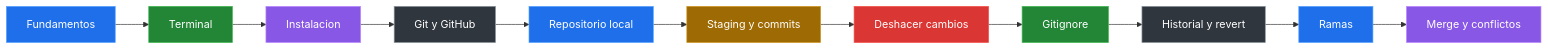
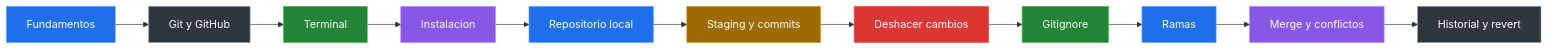
Before and after one commit to 7on2/curso-git-github-desde-cero: the diagram in README.md, drawn with Mermaid. The commit also changed other lines of this file and 11 other files, not shown here.

````diff
--- a/README.md
+++ b/README.md
@@ -31,25 +31,25 @@
 ```mermaid
 flowchart LR
-    A["Fundamentos"] --> B["Terminal"]
+    A["Fundamentos"] --> D["Git y GitHub"]
+    D --> B["Terminal"]
     B --> C["Instalacion"]
-    C --> D["Git y GitHub"]
-    D --> E["Repositorio local"]
+    C --> E["Repositorio local"]
     E --> F["Staging y commits"]
     F --> G["Deshacer cambios"]
     G --> H["Gitignore"]
-    H --> I["Historial y revert"]
-    I --> J["Ramas"]
+    H --> J["Ramas"]
     J --> K["Merge y conflictos"]
+    K --> I["Historial y revert"]
 
     style A fill:#1f6feb,stroke:#58a6ff,color:#fff
     style B fill:#238636,stroke:#3fb950,color:#fff
     style C fill:#8957e5,stroke:#bc8cff,color:#fff
     style D fill:#30363d,stroke:#8b949e,color:#fff
     style E fill:#1f6feb,stroke:#58a6ff,color:#fff
     style F fill:#9e6a03,stroke:#d29922,color:#fff
     style G fill:#da3633,stroke:#f85149,color:#fff
     style H fill:#238636,stroke:#3fb950,color:#fff
     style I fill:#30363d,stroke:#8b949e,color:#fff
     style J fill:#1f6feb,stroke:#58a6ff,color:#fff
     style K fill:#8957e5,stroke:#bc8cff,color:#fff
 ```
````
